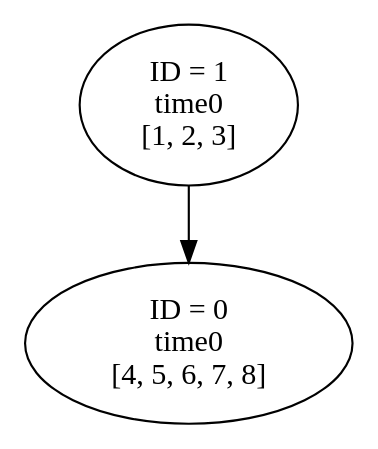
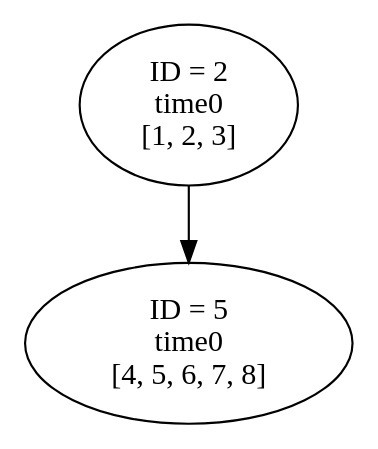
The diagram in gt/SCCGraph/graph0.gv (zzzzzec/work), drawn with Graphviz before and after one commit. The commit also changed 76 other files, not shown here.

```diff
--- a/gt/SCCGraph/graph0.gv
+++ b/gt/SCCGraph/graph0.gv
@@ -1,10 +1,10 @@
 // sccGraph0
 digraph {
-	1 [label="ID = 1
+	2 [label="ID = 2
 time0
 [1, 2, 3]"]
-	0 [label="ID = 0
+	5 [label="ID = 5
 time0
 [4, 5, 6, 7, 8]"]
-	1 -> 0
+	2 -> 5
 }
```
